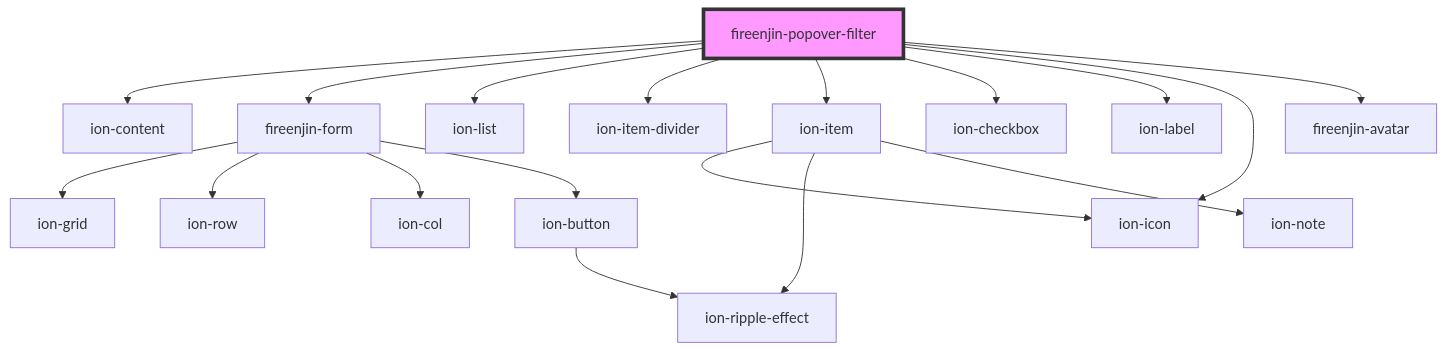
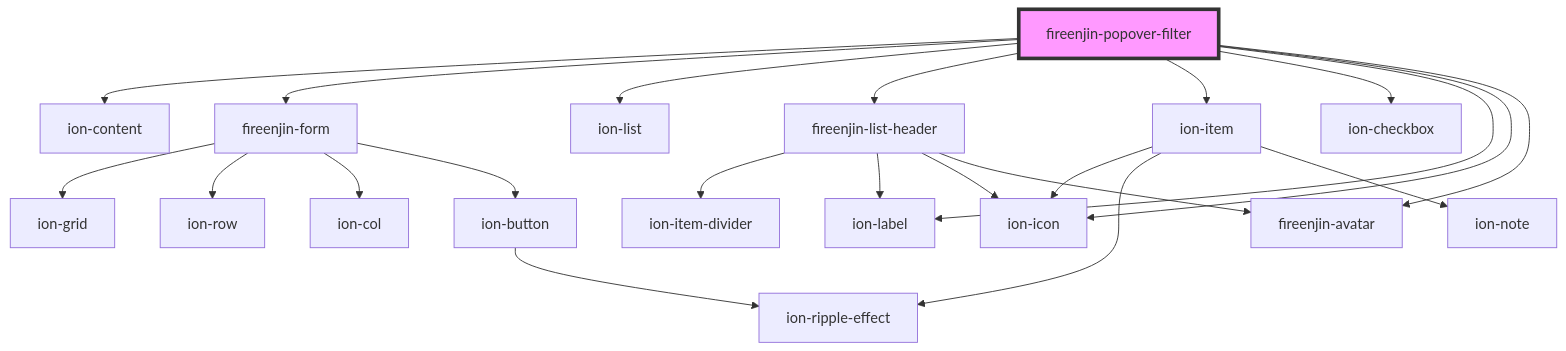
One commit to FireEnjin/Components changed the diagram in src/components/popover-filter/readme.md. Above: the diagram before and after it, drawn with Mermaid. The commit also changed other lines of this file and 6 other files, not shown here.

````diff
--- a/src/components/popover-filter/readme.md
+++ b/src/components/popover-filter/readme.md
@@ -40,21 +40,25 @@
 ```mermaid
 graph TD;
   fireenjin-popover-filter --> ion-content
   fireenjin-popover-filter --> fireenjin-form
   fireenjin-popover-filter --> ion-list
-  fireenjin-popover-filter --> ion-item-divider
+  fireenjin-popover-filter --> fireenjin-list-header
   fireenjin-popover-filter --> ion-item
   fireenjin-popover-filter --> ion-checkbox
   fireenjin-popover-filter --> ion-label
   fireenjin-popover-filter --> ion-icon
   fireenjin-popover-filter --> fireenjin-avatar
   fireenjin-form --> ion-grid
   fireenjin-form --> ion-row
   fireenjin-form --> ion-col
   fireenjin-form --> ion-button
   ion-button --> ion-ripple-effect
+  fireenjin-list-header --> ion-item-divider
+  fireenjin-list-header --> ion-label
+  fireenjin-list-header --> ion-icon
+  fireenjin-list-header --> fireenjin-avatar
   ion-item --> ion-icon
   ion-item --> ion-ripple-effect
   ion-item --> ion-note
   style fireenjin-popover-filter fill:#f9f,stroke:#333,stroke-width:4px
 ```
````
